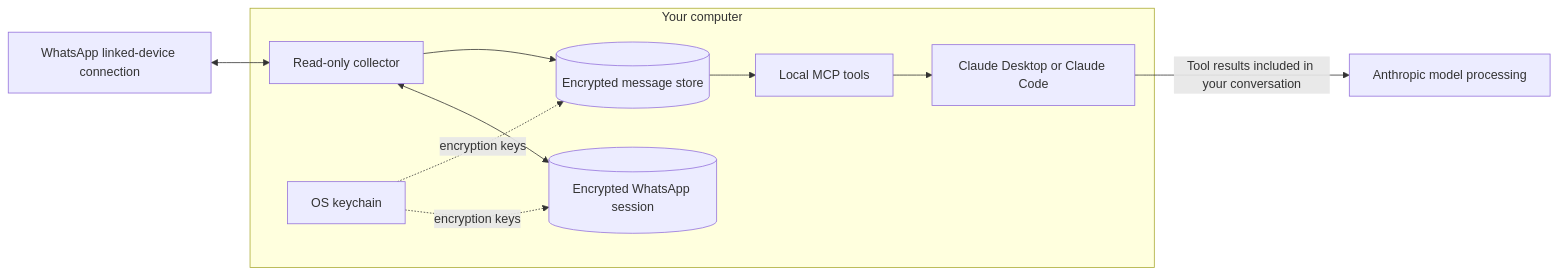
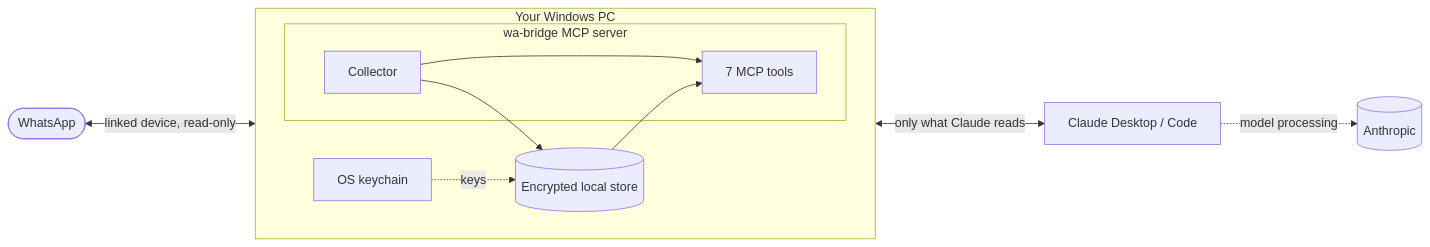
The diagram in README.md (zuhaibasad/whatsapp-claude-mcp), drawn with Mermaid before and after one commit. The commit also changed other lines of this file and 15 other files, not shown here.

````diff
--- a/README.md
+++ b/README.md
@@ -54,13 +94,15 @@
 ```mermaid
 flowchart LR
-    WA[WhatsApp linked-device connection] <--> Collector
-    subgraph Computer[Your computer]
-        Collector[Read-only collector] --> Store[(Encrypted message store)]
-        Keychain[OS keychain] -. encryption keys .-> Store
-        Keychain -. encryption keys .-> Auth[(Encrypted WhatsApp session)]
-        Collector <--> Auth
-        Store --> MCP[Local MCP tools]
-        MCP --> Client[Claude Desktop or Claude Code]
+    WA([WhatsApp]) <-->|linked device, read-only| C
+    subgraph PC[Your Windows PC]
+        direction LR
+        subgraph M[wa-bridge MCP server]
+            C[Collector] --> T[7 MCP tools]
+        end
+        C --> S[(Encrypted local store)]
+        K[OS keychain] -.keys.-> S
+        S --> T
     end
-    Client -->|Tool results included in your conversation| Anthropic[Anthropic model processing]
+    T <-->|only what Claude reads| CL[Claude Desktop / Code]
+    CL -.->|model processing| AN[(Anthropic)]
 ```
````
